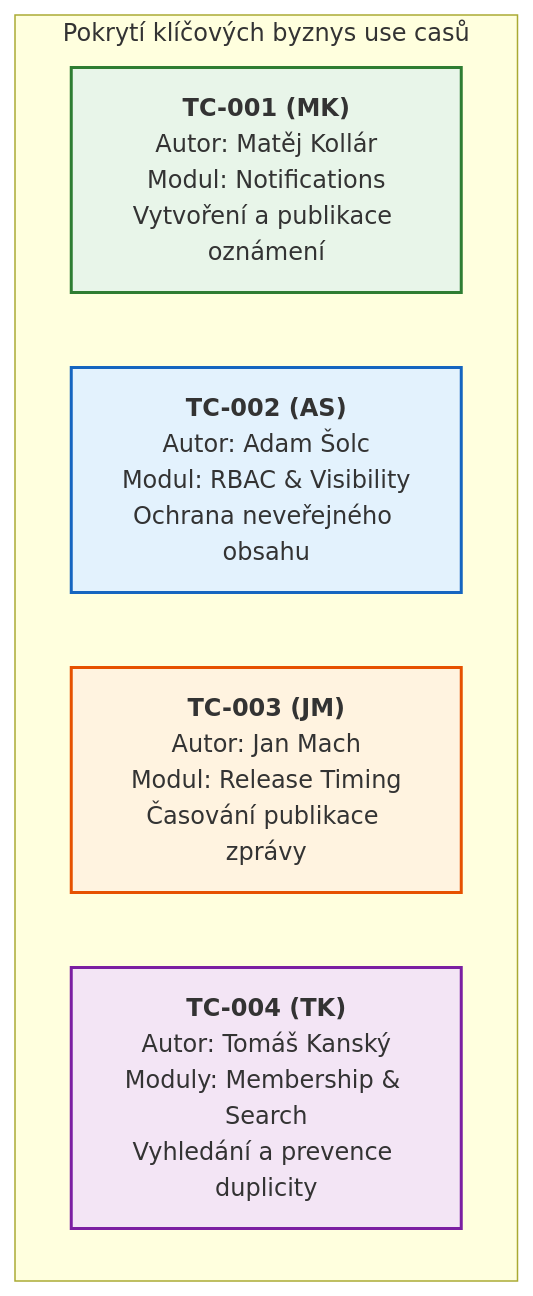
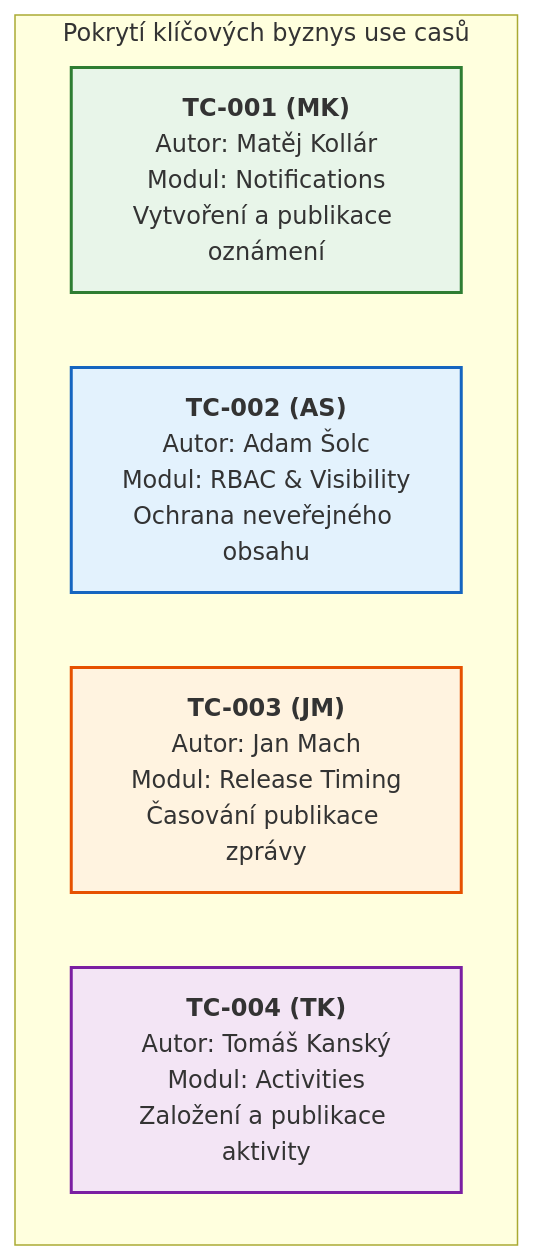
Before and after one commit to tomas-kansky/populon-automated-testing: the diagram in docs/03-test-cases.md, drawn with Mermaid. The commit also changed other lines of this file and 7 other files, not shown here.

````diff
--- a/docs/03-test-cases.md
+++ b/docs/03-test-cases.md
@@ -48,14 +48,14 @@
 ```mermaid
 flowchart TD
     subgraph TC_COVERAGE["Pokrytí klíčových byznys use casů"]
         TC1["<b>TC-001 (MK)</b><br>Autor: Matěj Kollár<br>Modul: Notifications<br>Vytvoření a publikace oznámení"]
         TC2["<b>TC-002 (AS)</b><br>Autor: Adam Šolc<br>Modul: RBAC & Visibility<br>Ochrana neveřejného obsahu"]
         TC3["<b>TC-003 (JM)</b><br>Autor: Jan Mach<br>Modul: Release Timing<br>Časování publikace zprávy"]
-        TC4["<b>TC-004 (TK)</b><br>Autor: Tomáš Kanský<br>Moduly: Membership & Search<br>Vyhledání a prevence duplicity"]
+        TC4["<b>TC-004 (TK)</b><br>Autor: Tomáš Kanský<br>Modul: Activities<br>Založení a publikace aktivity"]
     end
 
     style TC1 fill:#e8f5e9,stroke:#2e7d32,stroke-width:2px;
     style TC2 fill:#e3f2fd,stroke:#1565c0,stroke-width:2px;
     style TC3 fill:#fff3e0,stroke:#e65100,stroke-width:2px;
     style TC4 fill:#f3e5f5,stroke:#7b1fa2,stroke-width:2px;
 ```
````
